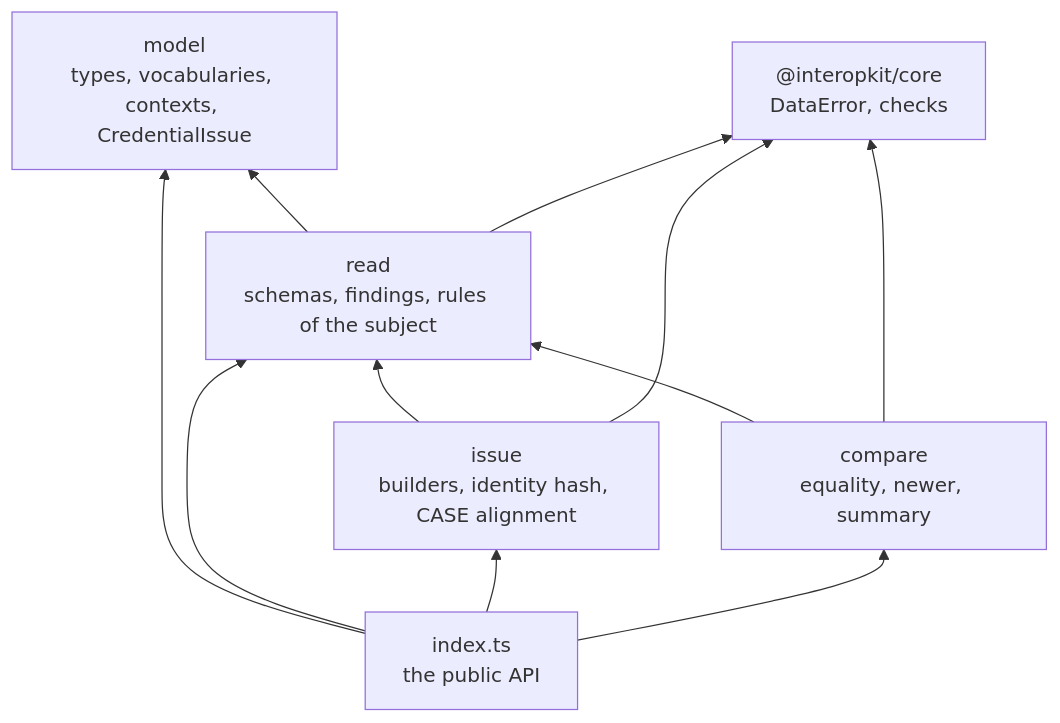
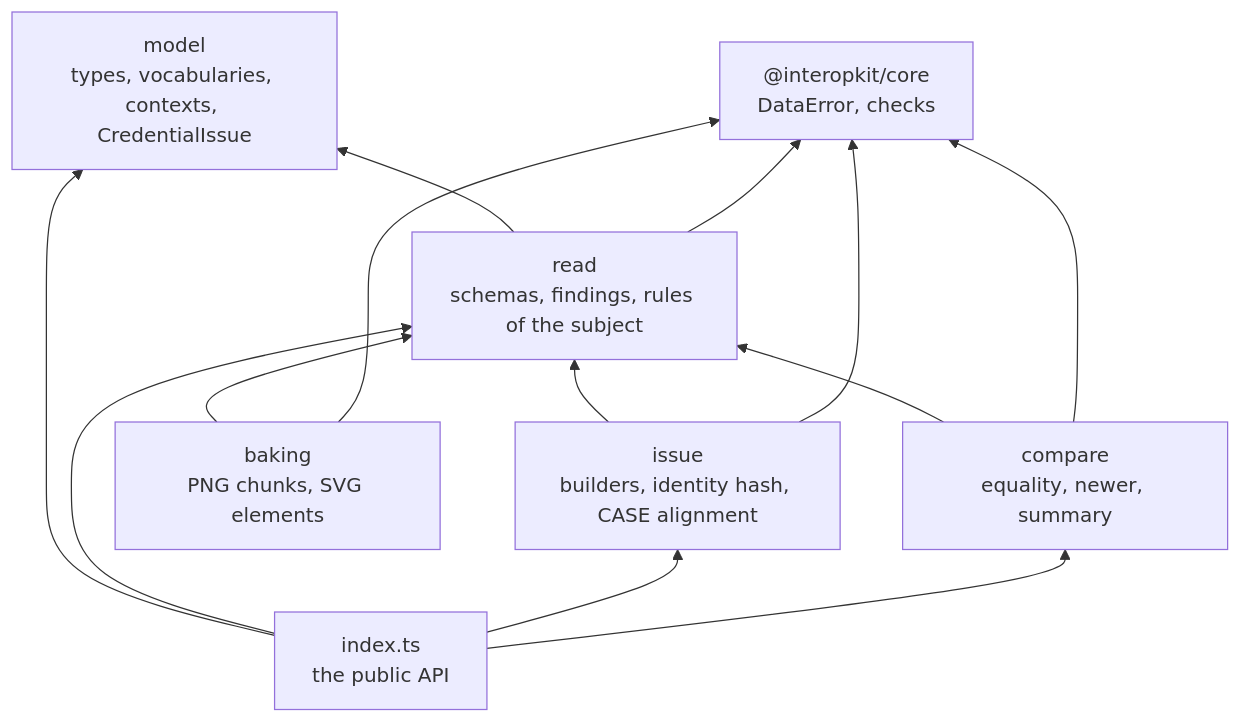
One commit to interopkit/interopkit changed the first of 2 diagrams in docs/achievement-credentials/architecture.md. Above: the diagram before and after it, drawn with Mermaid. The commit also changed other lines of this file and 37 other files, not shown here.

First line of the commit message:
Add baking to achievement-credentials: credentials in PNG and SVG images

````diff
--- a/docs/achievement-credentials/architecture.md
+++ b/docs/achievement-credentials/architecture.md
@@ -8,19 +9,22 @@
 ```mermaid
 flowchart BT
   core["@interopkit/core<br/>DataError, checks"]
   model["model<br/>types, vocabularies, contexts, CredentialIssue"]
   read["read<br/>schemas, findings, rules of the subject"]
   issue["issue<br/>builders, identity hash, CASE alignment"]
   compare["compare<br/>equality, newer, summary"]
+  baking["baking<br/>PNG chunks, SVG elements"]
   root["index.ts<br/>the public API"]
   read --> model
   read --> core
   issue --> read
   issue --> core
   compare --> read
   compare --> core
+  baking --> read
+  baking --> core
   root --> model
   root --> read
   root --> issue
   root --> compare
 ```
````
